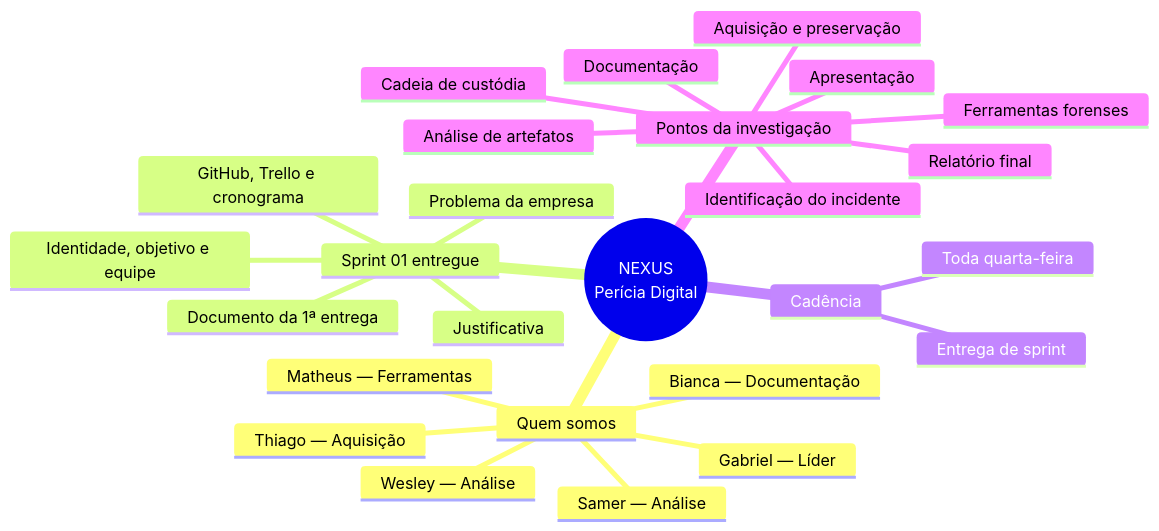
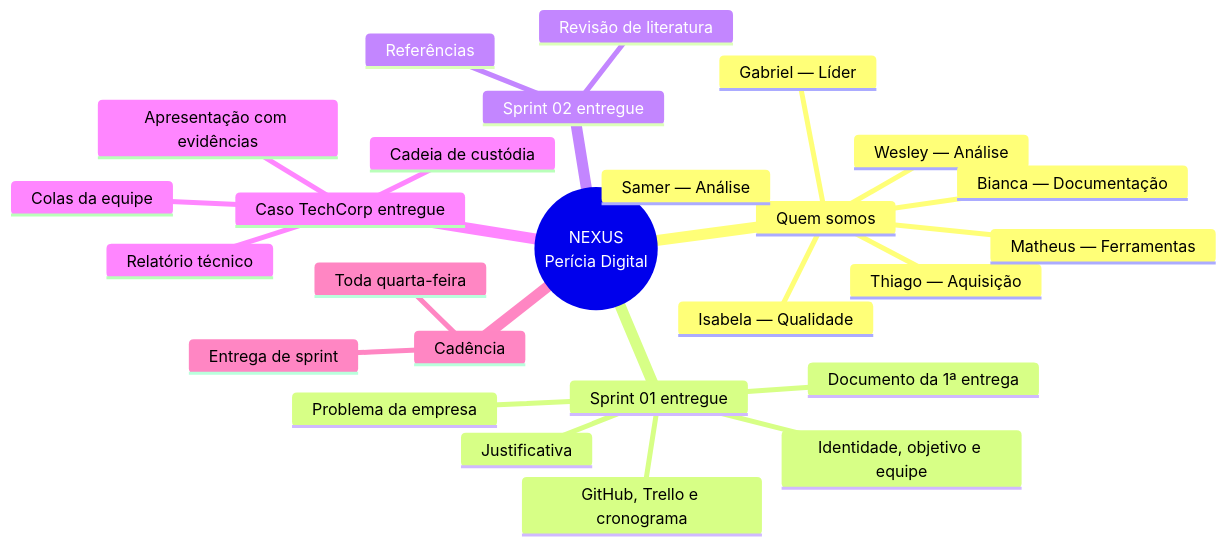
The diagram in docs/CRONOGRAMA.md (gabriellucasalves/Nexus-interprise), drawn with Mermaid before and after one commit. The commit also changed other lines of this file and 7 other files, not shown here.

Commit message:
Documenta o caso TechCorp no GitHub: relatório, apresentação, colas e andamento.

````diff
--- a/docs/CRONOGRAMA.md
+++ b/docs/CRONOGRAMA.md
@@ -16,29 +16,29 @@
 ```mermaid
 mindmap
   root((NEXUS<br/>Perícia Digital))
     Quem somos
       Gabriel — Líder
       Thiago — Aquisição
       Wesley — Análise
       Matheus — Ferramentas
       Samer — Análise
       Bianca — Documentação
+      Isabela — Qualidade
     Sprint 01 entregue
       Problema da empresa
       Justificativa
       Identidade, objetivo e equipe
       Documento da 1ª entrega
       GitHub, Trello e cronograma
+    Sprint 02 entregue
+      Revisão de literatura
+      Referências
+    Caso TechCorp entregue
+      Relatório técnico
+      Cadeia de custódia
+      Apresentação com evidências
+      Colas da equipe
     Cadência
       Toda quarta-feira
       Entrega de sprint
-    Pontos da investigação
-      Identificação do incidente
-      Aquisição e preservação
-      Cadeia de custódia
-      Análise de artefatos
-      Ferramentas forenses
-      Documentação
-      Relatório final
-      Apresentação
 ```
````
